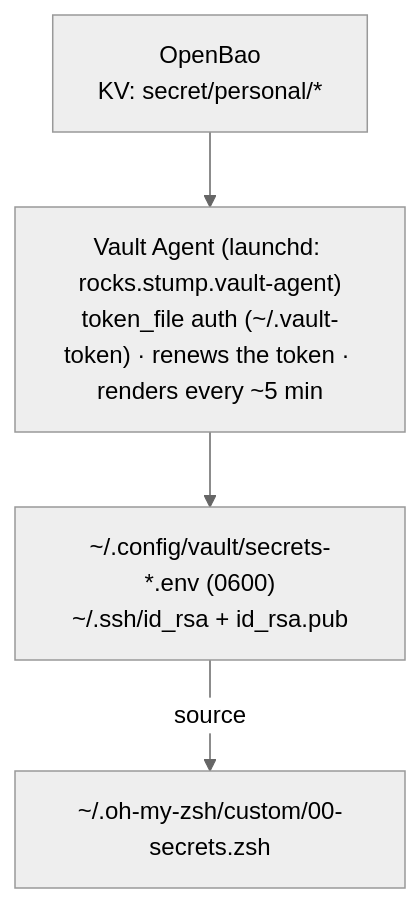
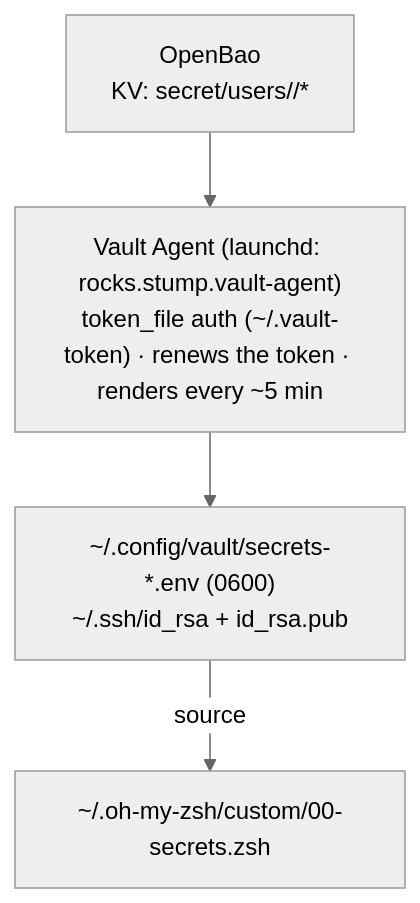
One commit to joestump/dotfiles changed the diagram in website/docs/secrets.md. Above: the diagram before and after it, drawn with Mermaid (neutral theme). The commit also changed other lines of this file and 18 other files, not shown here.

First line of the commit message:
Scope Vault Agent secrets per-user (secret/users/$USER/*)

````diff
--- a/website/docs/secrets.md
+++ b/website/docs/secrets.md
@@ -17,8 +17,8 @@
 ```mermaid
 flowchart TD
-    bao["OpenBao<br/>KV: secret/personal/*"]
+    bao["OpenBao<br/>KV: secret/users/<you>/*"]
     agent["Vault Agent (launchd: rocks.stump.vault-agent)<br/>token_file auth (~/.vault-token) · renews the token · renders every ~5 min"]
     files["~/.config/vault/secrets-*.env (0600)<br/>~/.ssh/id_rsa + id_rsa.pub"]
     shell["~/.oh-my-zsh/custom/00-secrets.zsh"]
     bao --> agent --> files -->|source| shell
 ```
````
